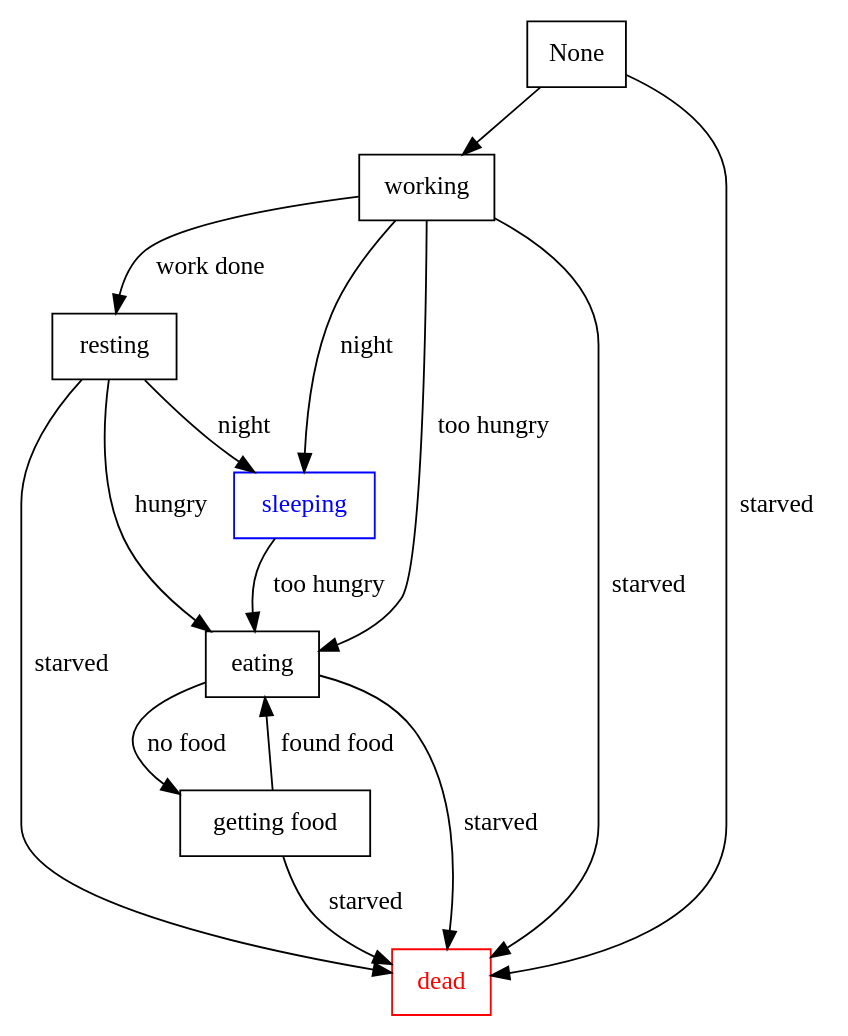
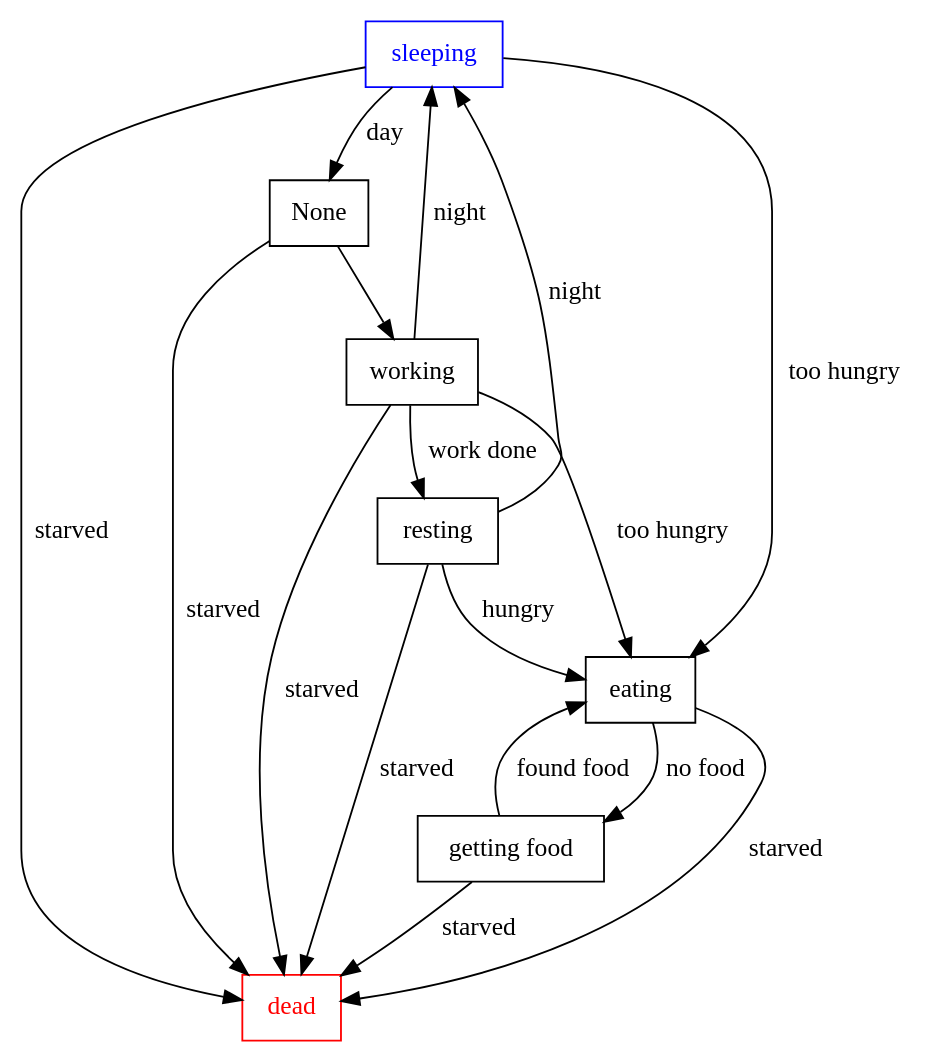
Before and after one commit to ArturLukianov/Symbols: the first of 2 diagrams in DOCS.org, drawn with Graphviz. The commit also changed other lines of this file and 2 other files, not shown here.

Commit message:
peasant work cycle graph docs

```diff
--- a/DOCS.org
+++ b/DOCS.org
@@ -11,22 +18,24 @@
 #+BEGIN_SRC dot :file humanstates.png :cmdline -Kdot -Tpng :exports results
  digraph HumanStates {
-    node [shape="rectangle"]
+    node [shape="rectangle" margin="0.1 0"]
     sleeping [fontcolor=blue color=blue]
     dead [fontcolor=red color=red]
     sleeping -> eating [label="too hungry"]
     None -> working
     working -> eating [label="too hungry"]
     working -> resting [label="work done"]
     resting -> eating [label="hungry"]
     eating -> "getting food" [label="no food"]
     "getting food" -> eating [label="found food"]
     working -> sleeping [label="night"]
     resting -> sleeping [label="night"]
     None -> dead [label="starved"]
     working -> dead [label="starved"]
     resting -> dead [label="starved"]
     eating -> dead [label="starved"]
     "getting food" -> dead [label="starved"]
+    sleeping -> dead [label="starved"]
+    sleeping -> None [label="day"]
  }
 
 #+END_SRC
```
